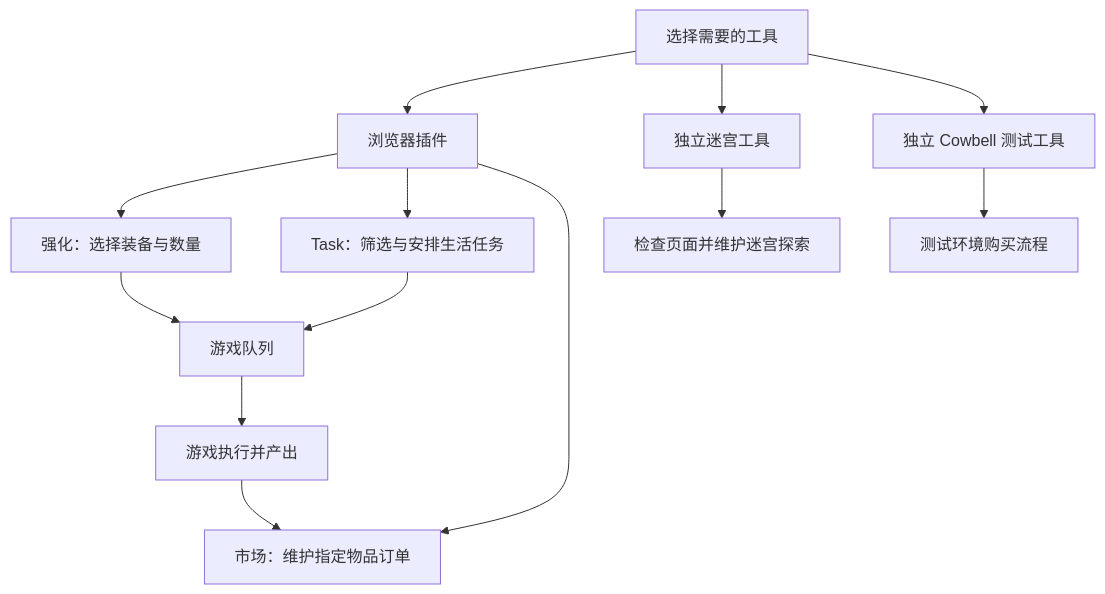
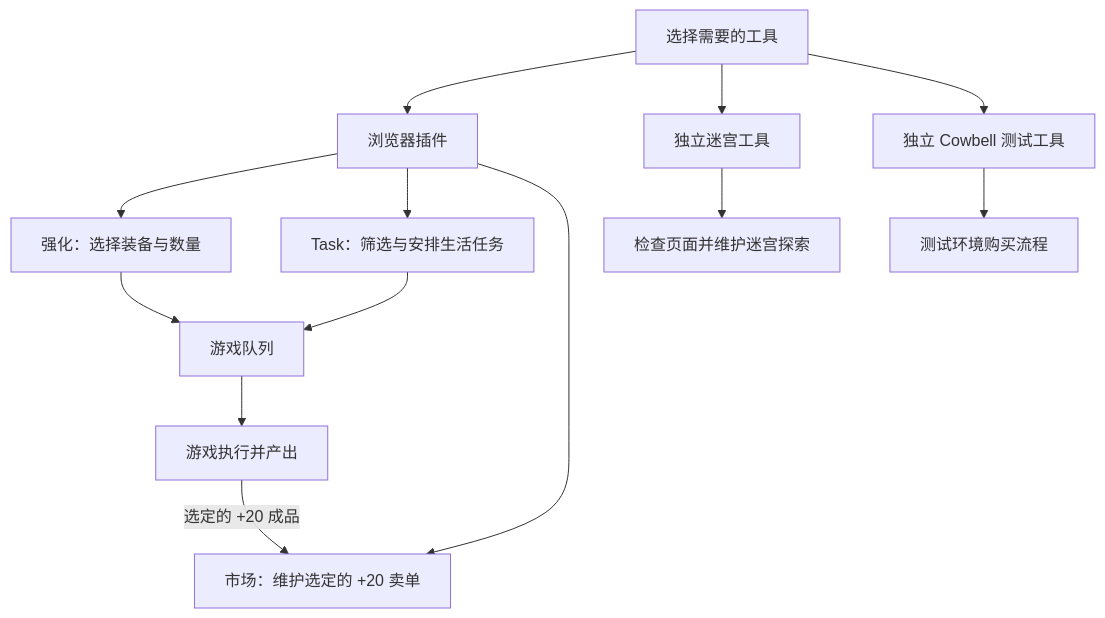
The diagram in README.md (ZhonghuaM/Milky-Way), drawn with Mermaid before and after one commit. The commit also changed 1 other file, not shown here.

Commit message:
Clarify which outputs enter market maintenance

````diff
--- a/README.md
+++ b/README.md
@@ -18,15 +18,15 @@
 ```mermaid
 flowchart TB
     Choice["选择需要的工具"] --> Browser["浏览器插件"]
     Choice --> Maze["独立迷宫工具"]
     Choice --> Cowbell["独立 Cowbell 测试工具"]
     Browser --> Enhancer["强化：选择装备与数量"]
     Browser --> Tasks["Task：筛选与安排生活任务"]
-    Browser --> Market["市场：维护指定物品订单"]
+    Browser --> Market["市场：维护选定的 +20 卖单"]
     Enhancer --> Queue["游戏队列"]
     Tasks --> Queue
     Queue --> Production["游戏执行并产出"]
-    Production --> Market
+    Production -->|"选定的 +20 成品"| Market
     Maze --> Explore["检查页面并维护迷宫探索"]
     Cowbell --> Test["测试环境购买流程"]
 ```
````
